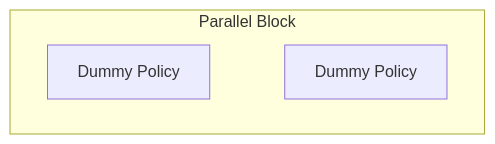
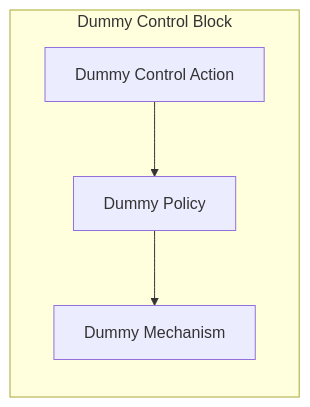
The second of 2 diagrams in dev/Test.md (BlockScience/MSML), drawn with Mermaid before and after one commit. The commit also changed other lines of this file and 7 other files, not shown here.

````diff
--- a/dev/Test.md
+++ b/dev/Test.md
@@ -18,9 +12,11 @@
 ```mermaid
 graph TB
-subgraph X3[Parallel Block]
-direction LR
-X1[Dummy Policy]
+subgraph X4[Dummy Control Block]
+direction TB
+X1[Dummy Control Action]
 X2[Dummy Policy]
-X1 ~~~ X2
+X3[Dummy Mechanism]
+X1-->X2
+X2-->X3
 end
 ```
````
